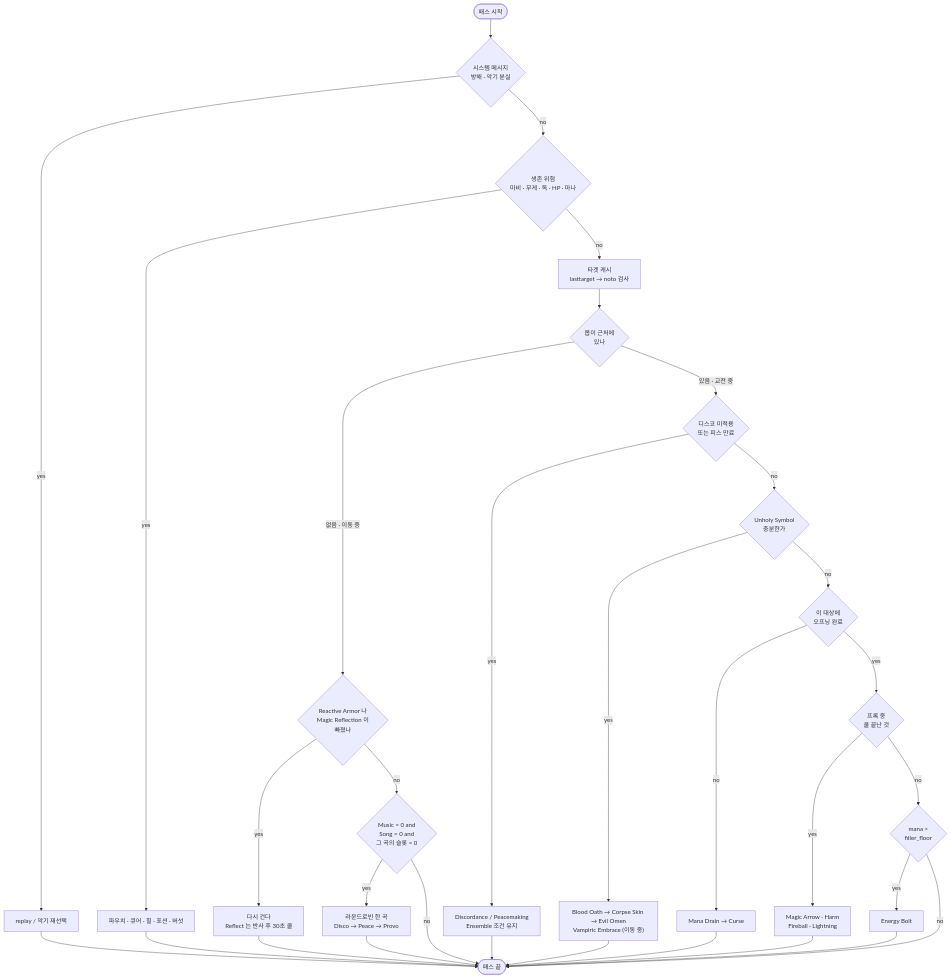
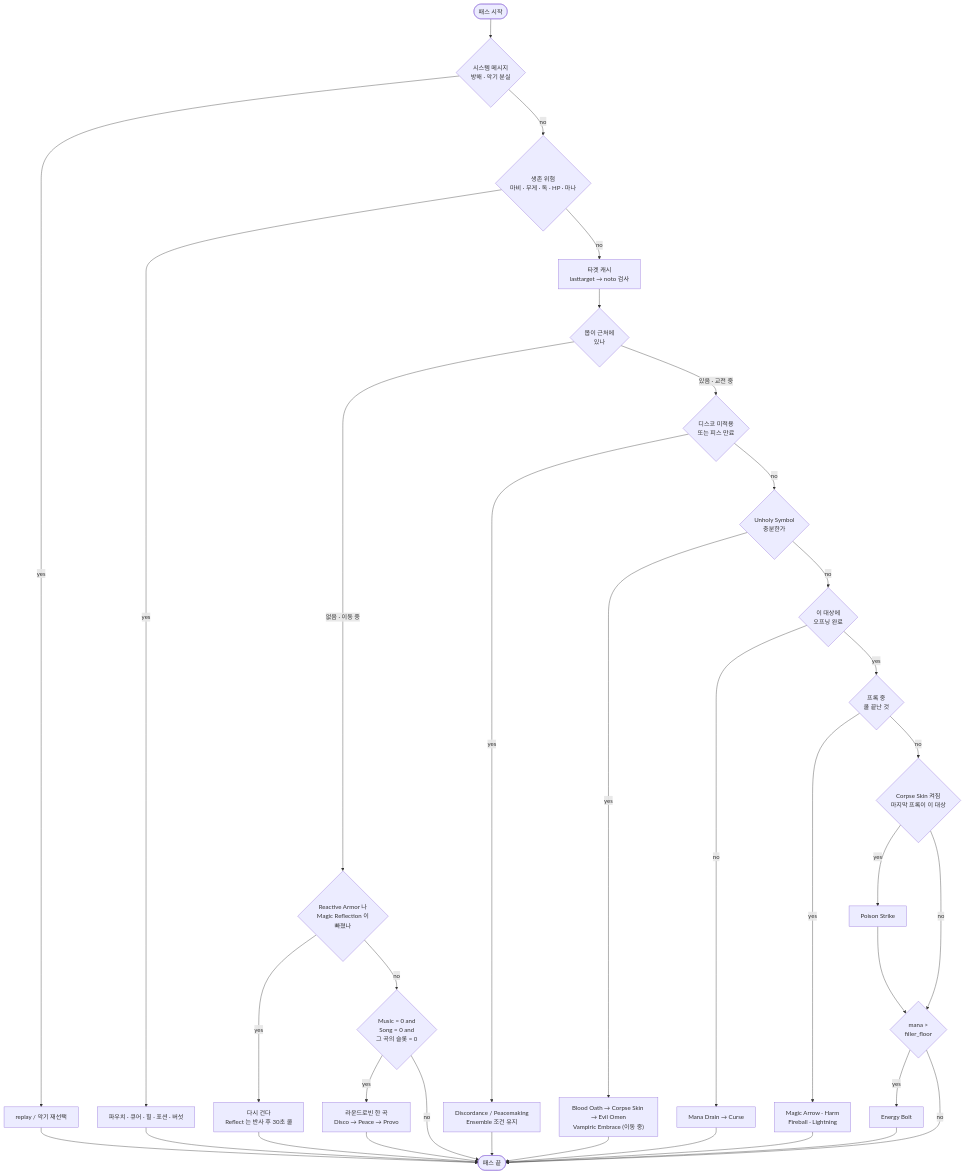
The diagram in library/bard-necro-handbook.md (minu-ha/uoo), drawn with Mermaid before and after one commit. The commit also changed other lines of this file and 1 other file, not shown here.

Commit message:
Hold Poison Strike and Energy Bolt until the proc core is spent

````diff
--- a/library/bard-necro-handbook.md
+++ b/library/bard-necro-handbook.md
@@ -983,36 +987,39 @@
 ```mermaid
 flowchart TD
   S([패스 시작]) --> M0
   M0{"시스템 메시지<br/>방해 · 악기 분실"}
   M0 -->|yes| A0["replay / 악기 재선택"] --> E
   M0 -->|no| M1
   M1{"생존 위험<br/>마비 · 무게 · 독 · HP · 마나"}
   M1 -->|yes| A1["파우치 · 큐어 · 힐 · 포션 · 버섯"] --> E
   M1 -->|no| M2
   M2["타겟 캐시<br/>lasttarget → noto 검사"] --> M3
   M3{"몹이 근처에<br/>있나"}
   M3 -->|" 없음 · 이동 중 "| BUFF
   M3 -->|" 있음 · 교전 중 "| SKILL
   BUFF{"Reactive Armor 나<br/>Magic Reflection 이<br/>빠졌나"}
   BUFF -->|yes| ABUFF["다시 건다<br/>Reflect 는 반사 후 30초 쿨"] --> E
   BUFF -->|no| SONG
   SONG{"Music = 0 and<br/>Song = 0 and<br/>그 곡의 슬롯 = 0"}
   SONG -->|yes| ASONG["라운드로빈 한 곡<br/>Disco → Peace → Provo"] --> E
   SONG -->|no| E
   SKILL{"디스코 미적용<br/>또는 피스 만료"}
   SKILL -->|yes| ASKILL["Discordance / Peacemaking<br/>Ensemble 조건 유지"] --> E
   SKILL -->|no| NECRO
   NECRO{"Unholy Symbol<br/>충분한가"}
   NECRO -->|yes| ANECRO["Blood Oath → Corpse Skin → Evil Omen<br/>Vampiric Embrace (이동 중)"] --> E
   NECRO -->|no| OPEN
   OPEN{"이 대상에<br/>오프닝 완료"}
   OPEN -->|no| AOPEN["Mana Drain → Curse"] --> E
   OPEN -->|yes| PROC
   PROC{"프록 중<br/>쿨 끝난 것"}
   PROC -->|yes| APROC["Magic Arrow · Harm<br/>Fireball · Lightning"] --> E
-  PROC -->|no| FILL
+  PROC -->|no| STRIKE
+  STRIKE{"Corpse Skin 켜짐<br/>마지막 프록이 이 대상"}
+  STRIKE -->|yes| ASTRIKE["Poison Strike"] --> FILL
+  STRIKE -->|no| FILL
   FILL{"mana ><br/>filler_floor"}
   FILL -->|yes| AFILL["Energy Bolt"] --> E
   FILL -->|no| E
   E([패스 끝])
 ```
````
